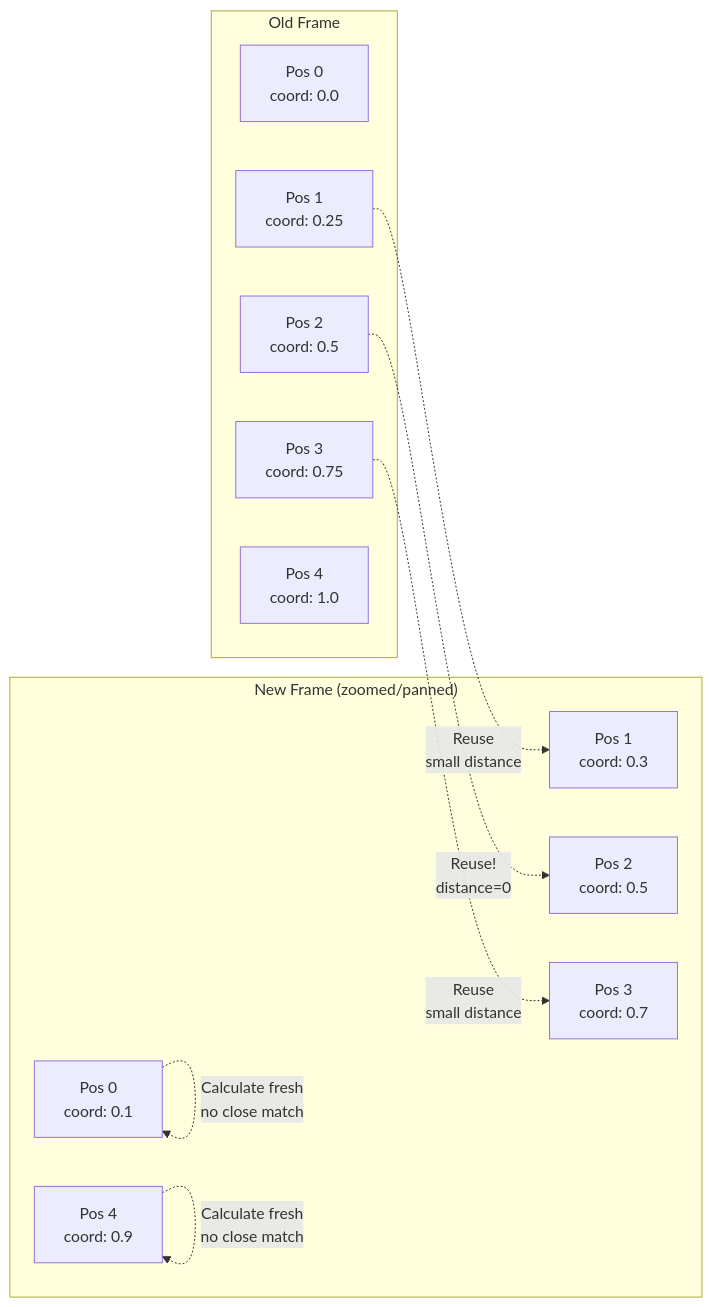
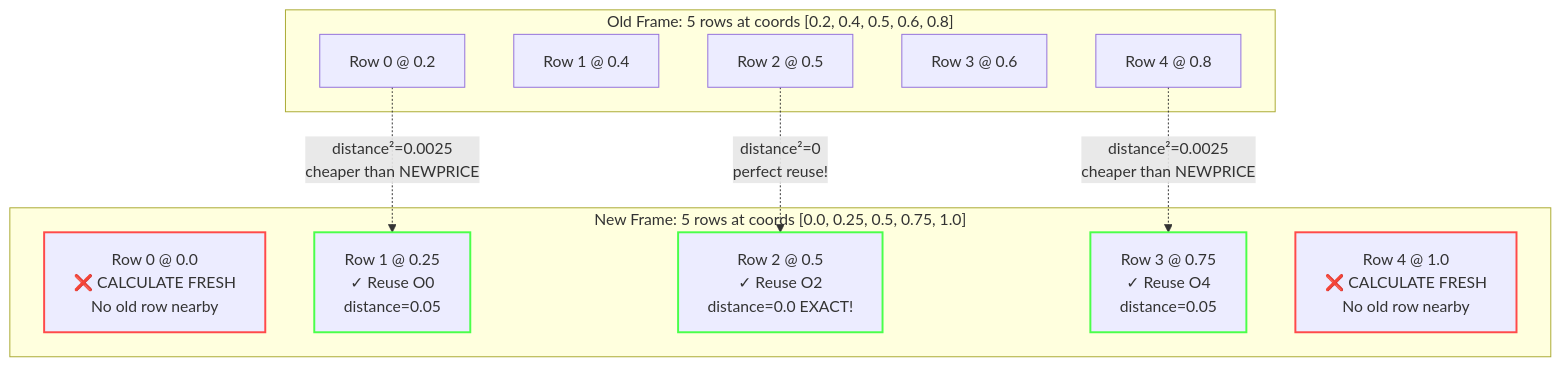
The seventh of 7 diagrams in src/engine/zoomviz.md (xaos-project/XaoS), drawn with Mermaid before and after one commit. The commit also changed other lines of this file, not shown here.

````diff
--- a/src/engine/zoomviz.md
+++ b/src/engine/zoomviz.md
@@ -227,24 +208,28 @@
 ```mermaid
-graph LR
-    subgraph "Old Frame"
-        O0[Pos 0<br/>coord: 0.0]
-        O1[Pos 1<br/>coord: 0.25]
-        O2[Pos 2<br/>coord: 0.5]
-        O3[Pos 3<br/>coord: 0.75]
-        O4[Pos 4<br/>coord: 1.0]
+flowchart TD
+    subgraph Old["Old Frame: 5 rows at coords [0.2, 0.4, 0.5, 0.6, 0.8]"]
+        O0["Row 0 @ 0.2"]
+        O1["Row 1 @ 0.4"]
+        O2["Row 2 @ 0.5"]
+        O3["Row 3 @ 0.6"]
+        O4["Row 4 @ 0.8"]
     end
 
-    subgraph "New Frame (zoomed/panned)"
-        N0[Pos 0<br/>coord: 0.1]
-        N1[Pos 1<br/>coord: 0.3]
-        N2[Pos 2<br/>coord: 0.5]
-        N3[Pos 3<br/>coord: 0.7]
-        N4[Pos 4<br/>coord: 0.9]
+    subgraph New["New Frame: 5 rows at coords [0.0, 0.25, 0.5, 0.75, 1.0]"]
+        N0["Row 0 @ 0.0<br/>❌ CALCULATE FRESH<br/>No old row nearby"]
+        N1["Row 1 @ 0.25<br/>✓ Reuse O0<br/>distance=0.05"]
+        N2["Row 2 @ 0.5<br/>✓ Reuse O2<br/>distance=0.0 EXACT!"]
+        N3["Row 3 @ 0.75<br/>✓ Reuse O4<br/>distance=0.05"]
+        N4["Row 4 @ 1.0<br/>❌ CALCULATE FRESH<br/>No old row nearby"]
     end
 
-    O2 -.->|Reuse!<br/>distance=0| N2
-    O1 -.->|Reuse<br/>small distance| N1
-    O3 -.->|Reuse<br/>small distance| N3
-    N0 -.->|Calculate fresh<br/>no close match| N0
-    N4 -.->|Calculate fresh<br/>no close match| N4
+    O0 -.->|distance²=0.0025<br/>cheaper than NEWPRICE| N1
+    O2 -.->|distance²=0<br/>perfect reuse!| N2
+    O4 -.->|distance²=0.0025<br/>cheaper than NEWPRICE| N3
+
+    style N0 stroke:#ff4a4a,stroke-width:2px
+    style N4 stroke:#ff4a4a,stroke-width:2px
+    style N1 stroke:#4aff4a,stroke-width:2px
+    style N2 stroke:#4aff4a,stroke-width:2px
+    style N3 stroke:#4aff4a,stroke-width:2px
 ```
````
